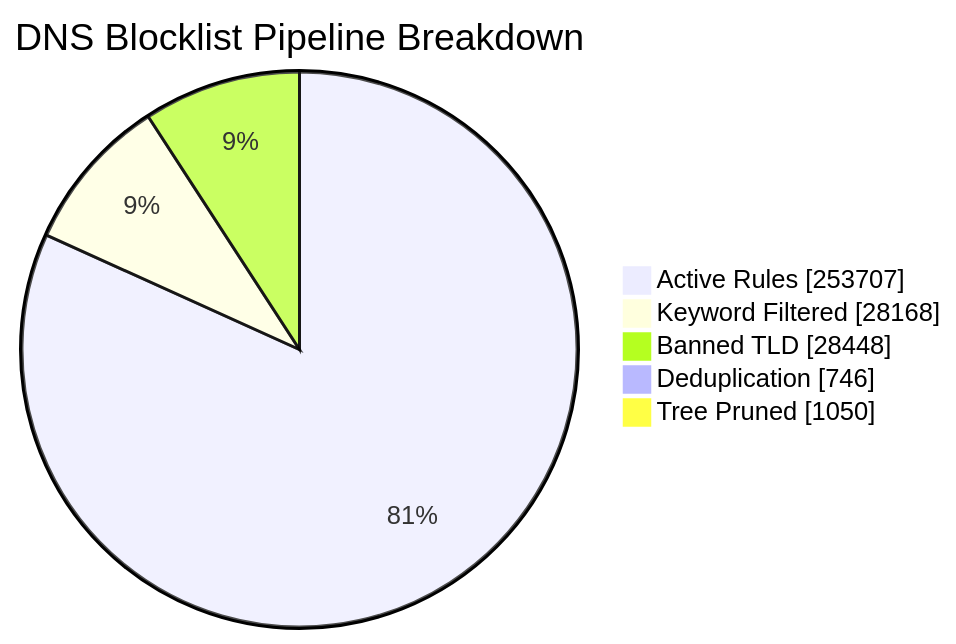
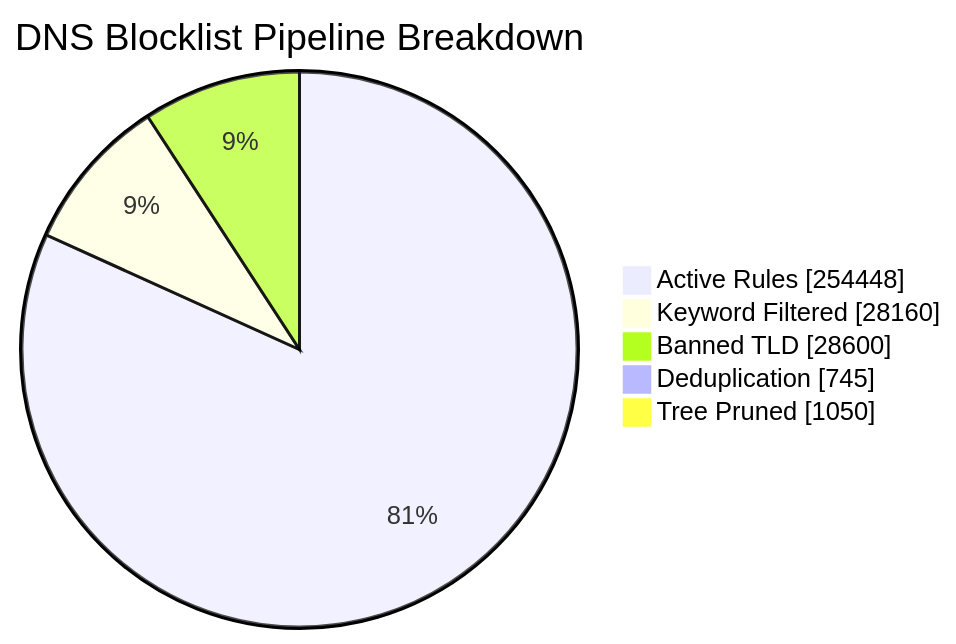
The first of 6 diagrams in README_STATS.md (brojangles24/Cloudflare-ZeroTrust-AdBlock), drawn with Mermaid before and after one commit. The commit also changed other lines of this file and 1 other file, not shown here.

````diff
--- a/README_STATS.md
+++ b/README_STATS.md
@@ -41,8 +41,8 @@
 ```mermaid
 pie showData title DNS Blocklist Pipeline Breakdown
-    "Active Rules"     : 253707
-    "Keyword Filtered" : 28168
-    "Banned TLD"       : 28448
-    "Deduplication"    : 746
+    "Active Rules"     : 254448
+    "Keyword Filtered" : 28160
+    "Banned TLD"       : 28600
+    "Deduplication"    : 745
     "Tree Pruned"      : 1050
 ```
````
